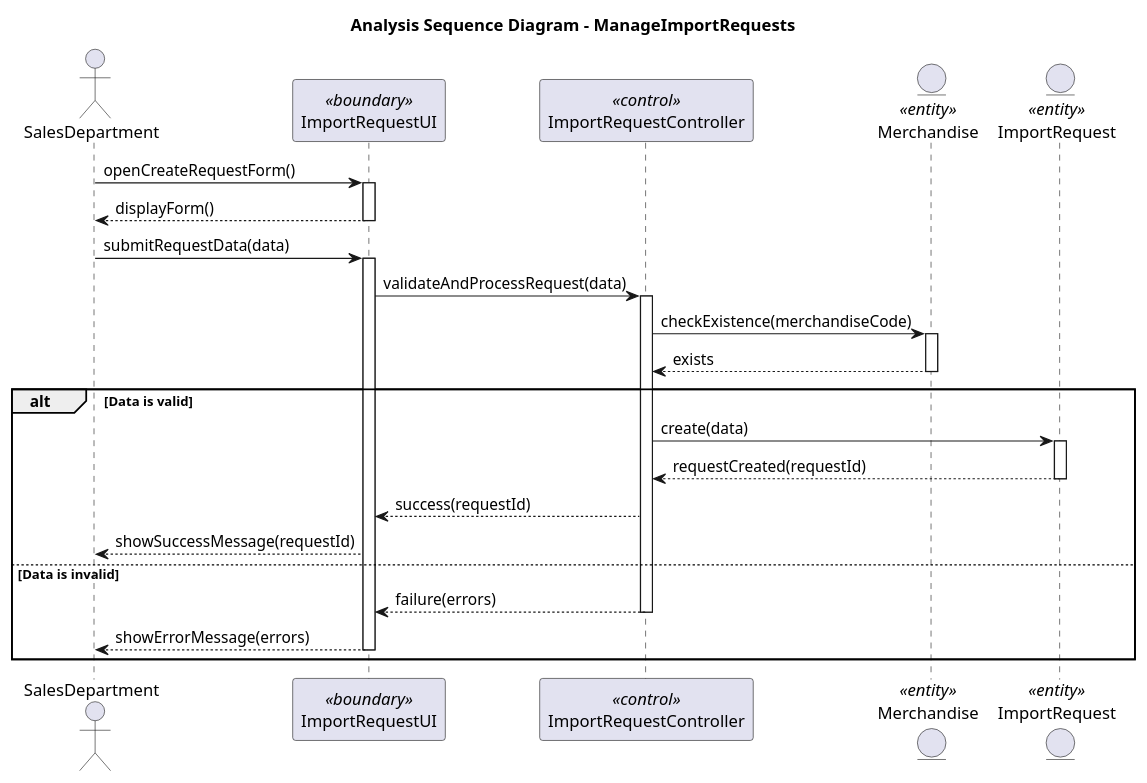
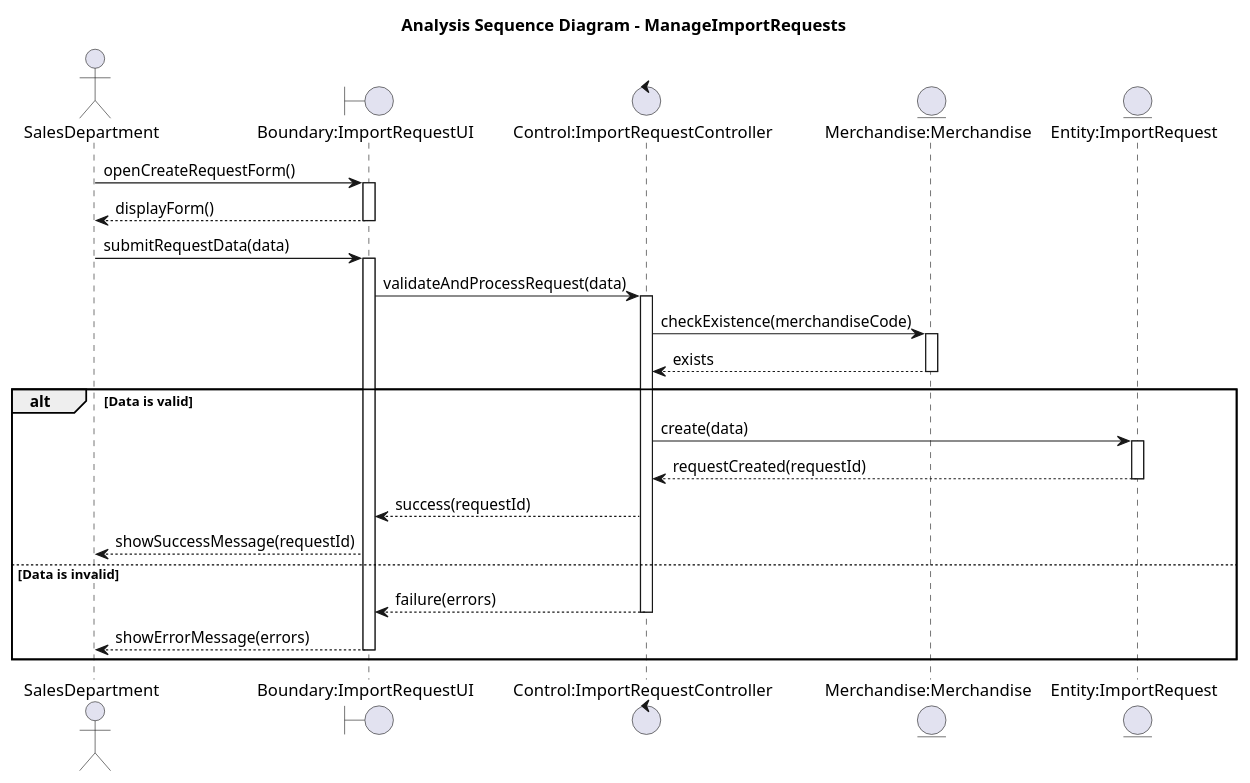
The eighth of 11 diagrams in docs/details/UC001_ManageImportRequests/UC001_ManageImportRequests_all.puml (nqd2/2025.2-166155-15), drawn with PlantUML before and after one commit. The commit also changed other lines of this file and 176 other files, not shown here.

```diff
--- a/docs/details/UC001_ManageImportRequests/UC001_ManageImportRequests_all.puml
+++ b/docs/details/UC001_ManageImportRequests/UC001_ManageImportRequests_all.puml
@@ -259,38 +259,38 @@
 @startuml sequence_analysis_manage_import_requests
 title Analysis Sequence Diagram - ManageImportRequests
 
 actor SalesDepartment as Actor
-participant "ImportRequestUI" as Boundary <<boundary>>
-participant "ImportRequestController" as Control <<control>>
-entity "Merchandise" as Merchandise <<entity>>
-entity "ImportRequest" as Entity <<entity>>
+boundary "Boundary:ImportRequestUI" as Boundary
+control "Control:ImportRequestController" as Control
+entity "Merchandise:Merchandise" as Merchandise
+entity "Entity:ImportRequest" as Entity
 
 Actor -> Boundary : openCreateRequestForm()
 activate Boundary
 Boundary --> Actor : displayForm()
 deactivate Boundary
 
 Actor -> Boundary : submitRequestData(data)
 activate Boundary
 Boundary -> Control : validateAndProcessRequest(data)
 activate Control
 
 Control -> Merchandise : checkExistence(merchandiseCode)
 activate Merchandise
 Merchandise --> Control : exists
 deactivate Merchandise
 
 alt Data is valid
   Control -> Entity : create(data)
   activate Entity
   Entity --> Control : requestCreated(requestId)
   deactivate Entity
   Control --> Boundary : success(requestId)
   Boundary --> Actor : showSuccessMessage(requestId)
 else Data is invalid
   Control --> Boundary : failure(errors)
   deactivate Control
   Boundary --> Actor : showErrorMessage(errors)
   deactivate Boundary
 end
 @enduml
```
